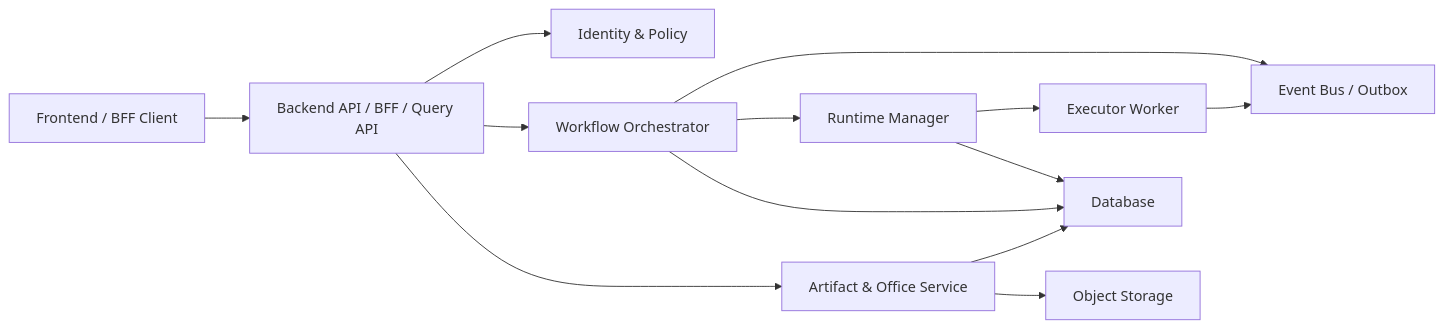
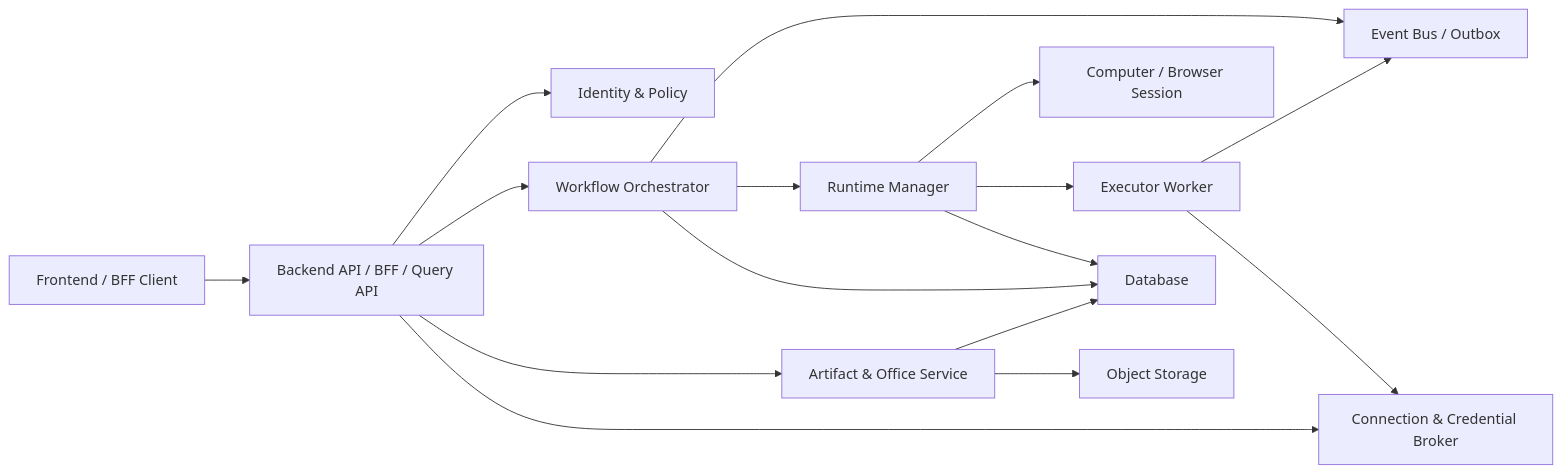
One commit to jaredshuai/poco-claw changed the diagram in docs/architecture-clean-target.md. Above: the diagram before and after it, drawn with Mermaid. The commit also changed other lines of this file, not shown here.

````diff
--- a/docs/architecture-clean-target.md
+++ b/docs/architecture-clean-target.md
@@ -108,26 +130,31 @@
 ```mermaid
 flowchart LR
     UI["Frontend / BFF Client"]
     Auth["Identity & Policy"]
     Backend["Backend API / BFF / Query API"]
     Workflow["Workflow Orchestrator"]
     Runtime["Runtime Manager"]
+    Computer["Computer / Browser Session"]
     Worker["Executor Worker"]
     Artifact["Artifact & Office Service"]
+    Connection["Connection & Credential Broker"]
     Events["Event Bus / Outbox"]
     Store["Database"]
     ObjectStore["Object Storage"]
 
     UI --> Backend
     Backend --> Auth
     Backend --> Workflow
     Backend --> Artifact
+    Backend --> Connection
     Workflow --> Events
     Workflow --> Runtime
+    Runtime --> Computer
     Runtime --> Worker
     Worker --> Events
+    Worker --> Connection
     Artifact --> Store
     Artifact --> ObjectStore
     Workflow --> Store
     Runtime --> Store
 ```
````
